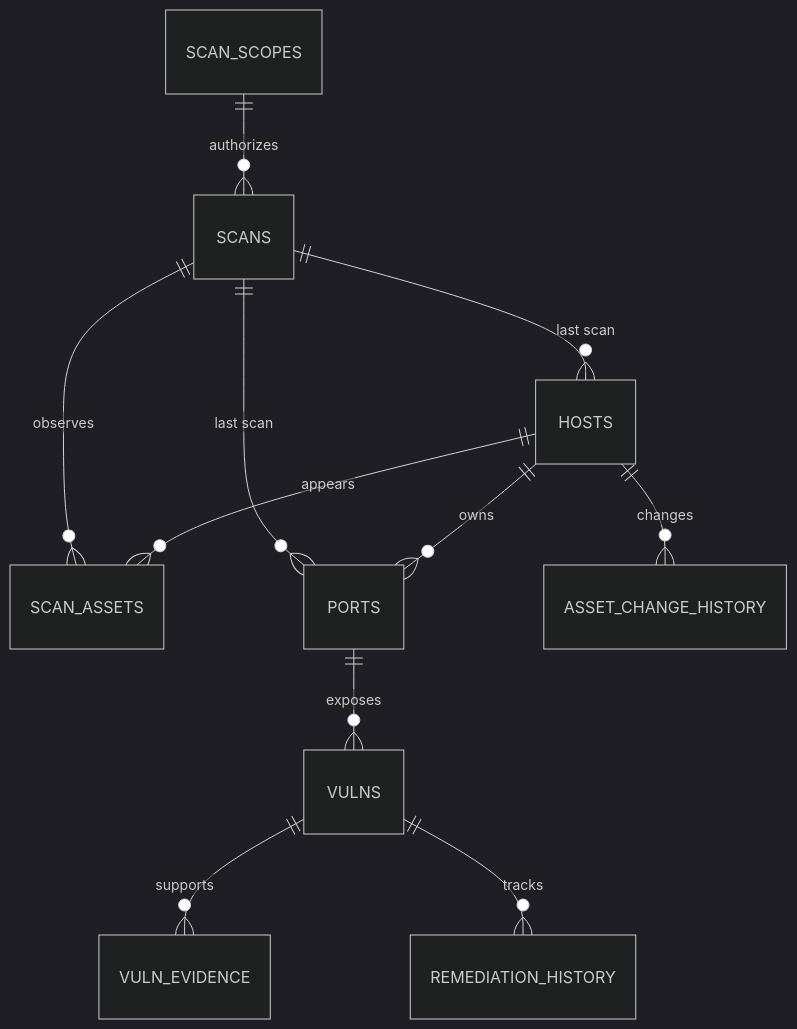
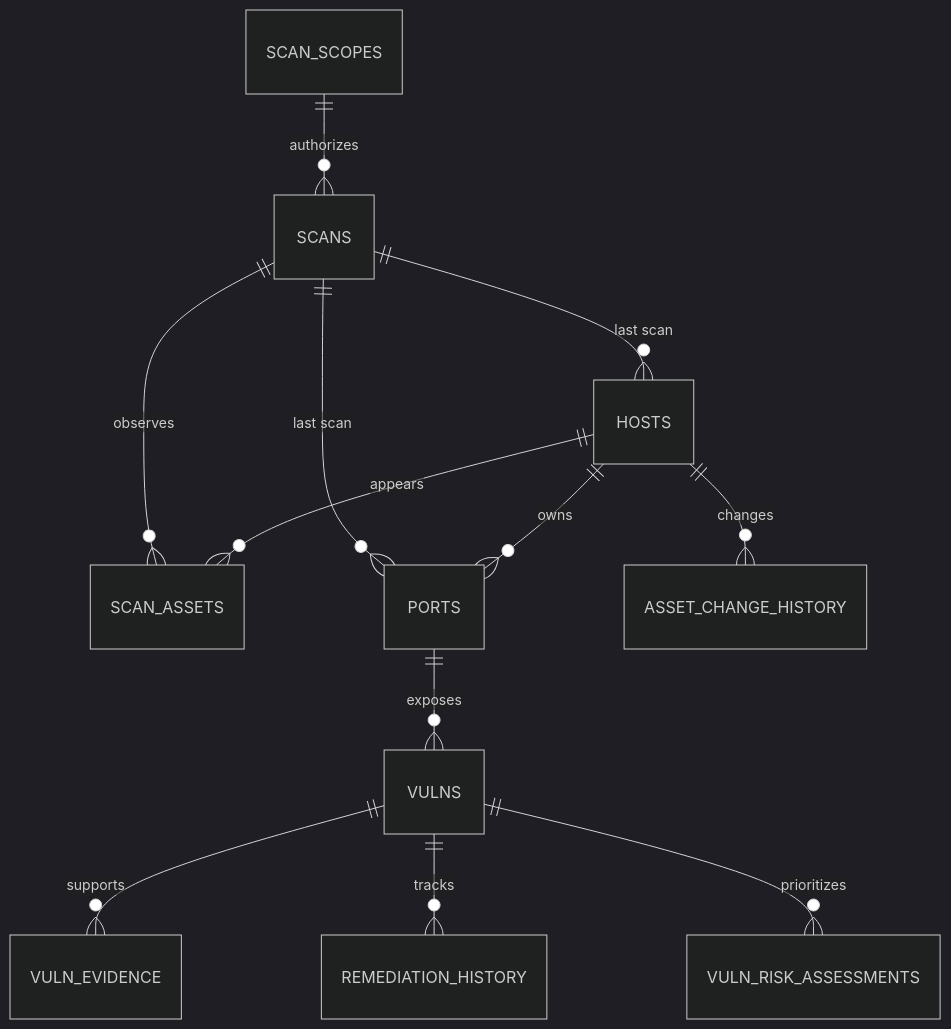
The first of 2 diagrams in docs/database_schema.md (LEESJ7934/Semi-Project-portscan), drawn with Mermaid (dark theme) before and after one commit. The commit also changed other lines of this file and 9 other files, not shown here.

````diff
--- a/docs/database_schema.md
+++ b/docs/database_schema.md
@@ -22,13 +22,14 @@
 ```mermaid
 erDiagram
     SCAN_SCOPES ||--o{ SCANS : authorizes
     SCANS ||--o{ HOSTS : "last scan"
     SCANS ||--o{ SCAN_ASSETS : observes
     SCANS ||--o{ PORTS : "last scan"
     HOSTS ||--o{ SCAN_ASSETS : appears
     HOSTS ||--o{ ASSET_CHANGE_HISTORY : changes
     HOSTS ||--o{ PORTS : owns
     PORTS ||--o{ VULNS : exposes
     VULNS ||--o{ VULN_EVIDENCE : supports
     VULNS ||--o{ REMEDIATION_HISTORY : tracks
+    VULNS ||--o{ VULN_RISK_ASSESSMENTS : prioritizes
 ```
````
